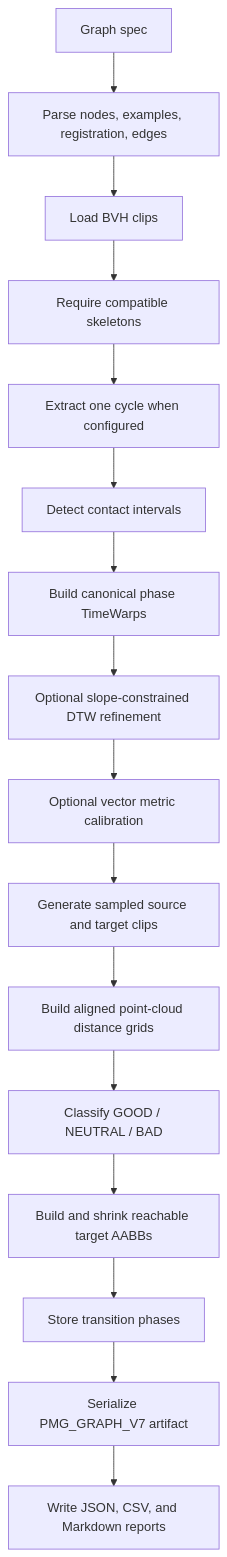
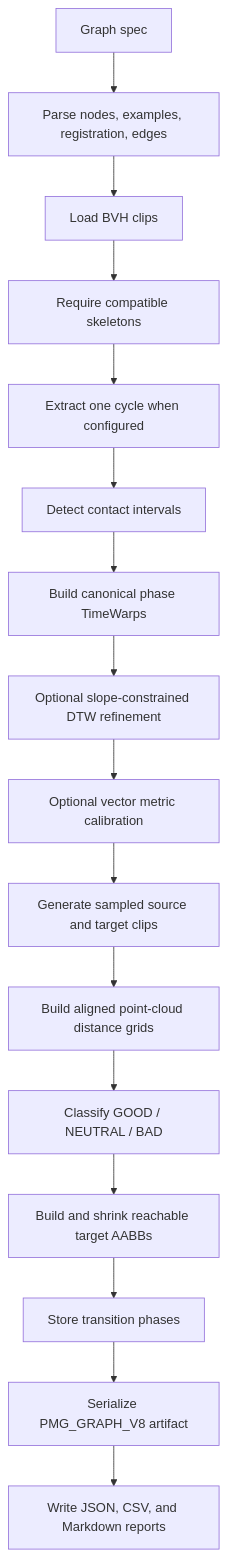
Before and after one commit to n01r1r/ParametricMotionGraphs: the first of 2 diagrams in docs/DESIGN.md, drawn with Mermaid. The commit also changed other lines of this file and 3 other files, not shown here.

````diff
--- a/docs/DESIGN.md
+++ b/docs/DESIGN.md
@@ -31,18 +31,18 @@
 ```mermaid
 flowchart TD
     A["Graph spec"] --> B["Parse nodes, examples, registration, edges"]
     B --> C["Load BVH clips"]
     C --> D["Require compatible skeletons"]
     D --> E["Extract one cycle when configured"]
     E --> F["Detect contact intervals"]
     F --> G["Build canonical phase TimeWarps"]
     G --> H["Optional slope-constrained DTW refinement"]
     H --> I["Optional vector metric calibration"]
     I --> J["Generate sampled source and target clips"]
     J --> K["Build aligned point-cloud distance grids"]
     K --> L["Classify GOOD / NEUTRAL / BAD"]
     L --> M["Build and shrink reachable target AABBs"]
     M --> N["Store transition phases"]
-    N --> O["Serialize PMG_GRAPH_V7 artifact"]
+    N --> O["Serialize PMG_GRAPH_V8 artifact"]
     O --> P["Write JSON, CSV, and Markdown reports"]
 ```
````
